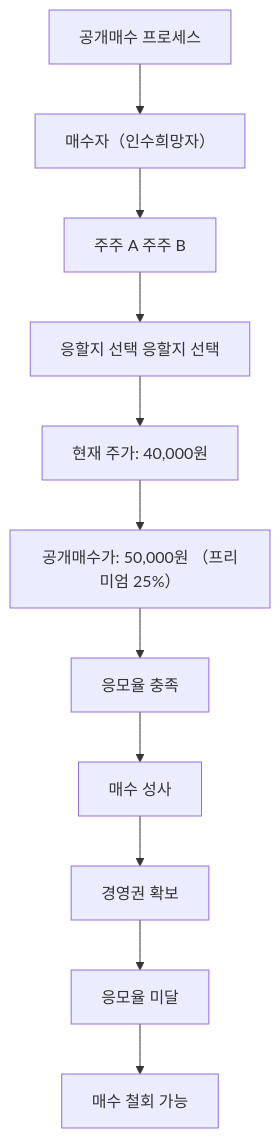
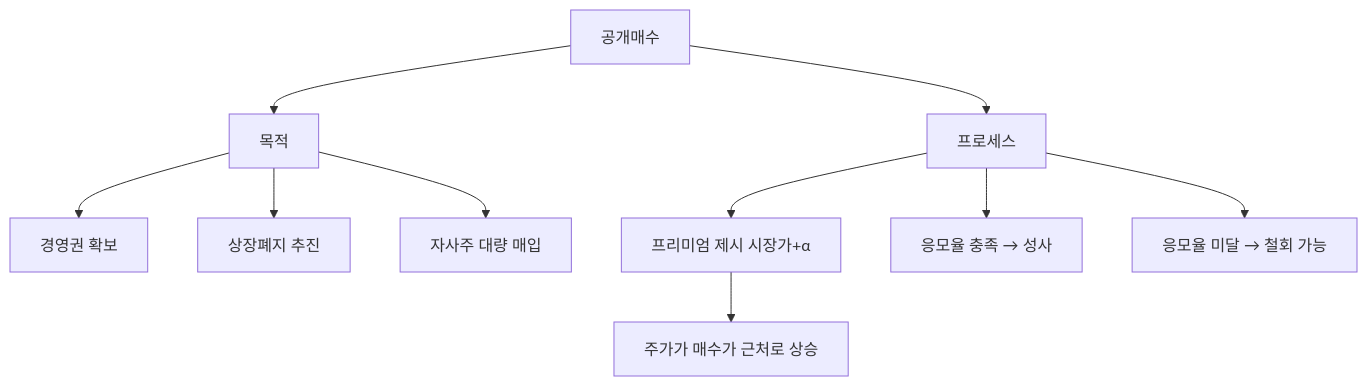
Before and after one commit to yeongseon/stock-visual-note: the diagram in content/stock-terms/ko/level-07-earnings/tender-offer.md, drawn with Mermaid. The commit also changed other lines of this file and 96 other files, not shown here.

Commit message:
Rewrite all 98 remaining articles: branching Mermaid diagrams, natural search_intent, compelling seo_titles, clean descriptions

````diff
--- a/content/stock-terms/ko/level-07-earnings/tender-offer.md
+++ b/content/stock-terms/ko/level-07-earnings/tender-offer.md
@@ -42,24 +42,13 @@
 ```mermaid
 graph TD
-    A0["공개매수 프로세스"]
-    A1["매수자（인수희망자）"]
-    A2["주주 A 주주 B"]
-    A3["응할지 선택 응할지 선택"]
-    A4["현재 주가: 40,000원"]
-    A5["공개매수가: 50,000원 （프리미엄 25%）"]
-    A6["응모율 충족"]
-    A7["매수 성사"]
-    A8["경영권 확보"]
-    A9["응모율 미달"]
-    A10["매수 철회 가능"]
-    A0 --> A1
-    A1 --> A2
-    A2 --> A3
-    A3 --> A4
-    A4 --> A5
-    A5 --> A6
-    A6 --> A7
-    A7 --> A8
-    A8 --> A9
-    A9 --> A10
+    A["공개매수"]
+    A --> B["목적"]
+    A --> C["프로세스"]
+    B --> B1["경영권 확보"]
+    B --> B2["상장폐지 추진"]
+    B --> B3["자사주 대량 매입"]
+    C --> C1["프리미엄 제시 시장가+α"]
+    C --> C2["응모율 충족 → 성사"]
+    C --> C3["응모율 미달 → 철회 가능"]
+    C1 --> D["주가가 매수가 근처로 상승"]
 ```
````
